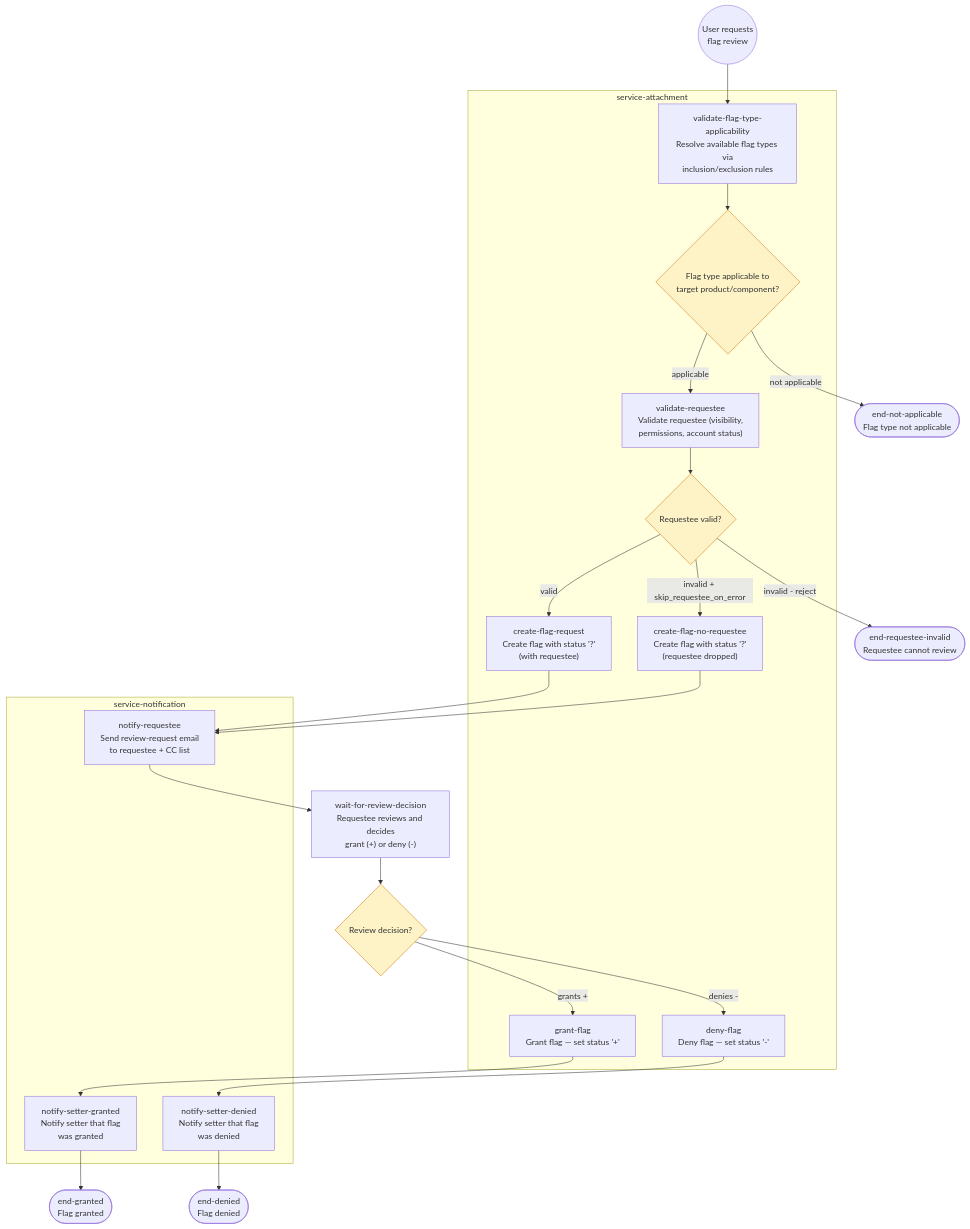
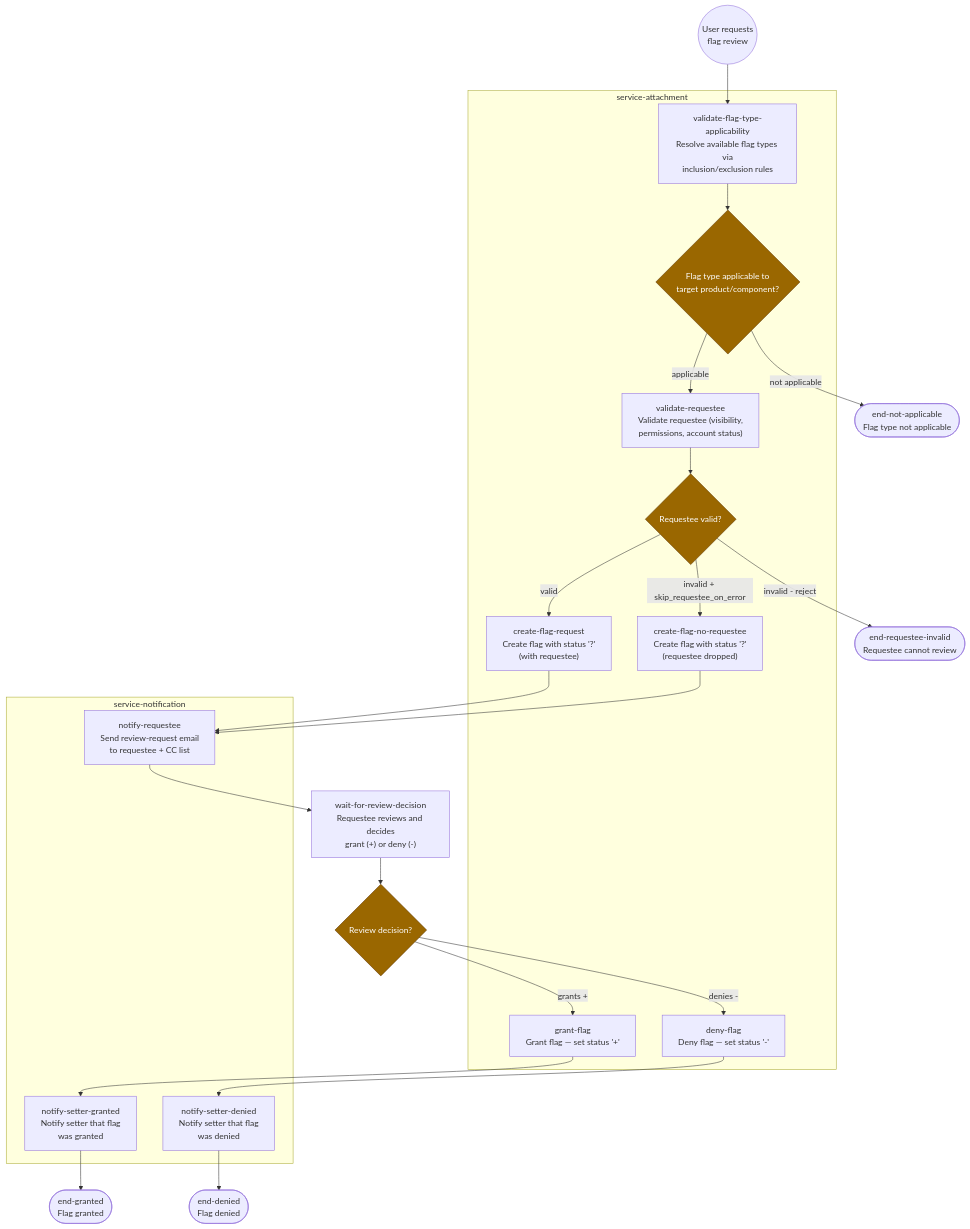
Before and after one commit to josh289/discovery-docs-example: the first of 5 diagrams in workflows/workflow-flag-review-approval.md, drawn with Mermaid. The commit also changed other lines of this file and 5 other files, not shown here.

First line of the commit message:
events+styling: convert ASCII flows to Mermaid + dark-mode palette

````diff
--- a/workflows/workflow-flag-review-approval.md
+++ b/workflows/workflow-flag-review-approval.md
@@ -15,51 +15,51 @@
 ```mermaid
 flowchart TD
     startEv(("User requests<br>flag review"))
 
     subgraph attachment["service-attachment"]
         validateType["validate-flag-type-applicability<br>Resolve available flag types via<br>inclusion/exclusion rules"]
         gwApplicable{"Flag type applicable to<br>target product/component?"}
         validateReq["validate-requestee<br>Validate requestee (visibility,<br>permissions, account status)"]
         gwReqValid{"Requestee valid?"}
         createReq["create-flag-request<br>Create flag with status '?'<br>(with requestee)"]
         createNoReq["create-flag-no-requestee<br>Create flag with status '?'<br>(requestee dropped)"]
         grantFlag["grant-flag<br>Grant flag — set status '+'"]
         denyFlag["deny-flag<br>Deny flag — set status '-'"]
     end
 
     subgraph notification["service-notification"]
         notifyReq["notify-requestee<br>Send review-request email<br>to requestee + CC list"]
         notifyGranted["notify-setter-granted<br>Notify setter that flag<br>was granted"]
         notifyDenied["notify-setter-denied<br>Notify setter that flag<br>was denied"]
     end
 
     waitDecision["wait-for-review-decision<br>Requestee reviews and decides<br>grant (+) or deny (-)"]
     gwDecision{"Review decision?"}
 
     endNotApplicable([end-not-applicable<br>Flag type not applicable])
     endReqInvalid([end-requestee-invalid<br>Requestee cannot review])
     endGranted([end-granted<br>Flag granted])
     endDenied([end-denied<br>Flag denied])
 
     startEv --> validateType
     validateType --> gwApplicable
     gwApplicable -->|applicable| validateReq
     gwApplicable -->|not applicable| endNotApplicable
     validateReq --> gwReqValid
     gwReqValid -->|valid| createReq
     gwReqValid -->|invalid + skip_requestee_on_error| createNoReq
     gwReqValid -->|invalid - reject| endReqInvalid
     createReq --> notifyReq
     createNoReq --> notifyReq
     notifyReq --> waitDecision
     waitDecision --> gwDecision
     gwDecision -->|grants +| grantFlag
     gwDecision -->|denies -| denyFlag
     grantFlag --> notifyGranted
     denyFlag --> notifyDenied
     notifyGranted --> endGranted
     notifyDenied --> endDenied
 
-    classDef gateway fill:#fef3c7,stroke:#d97706
+    classDef gateway fill:#9a6700,stroke:#5e3500,color:#ffffff
     class gwApplicable,gwReqValid,gwDecision gateway
 ```
````
